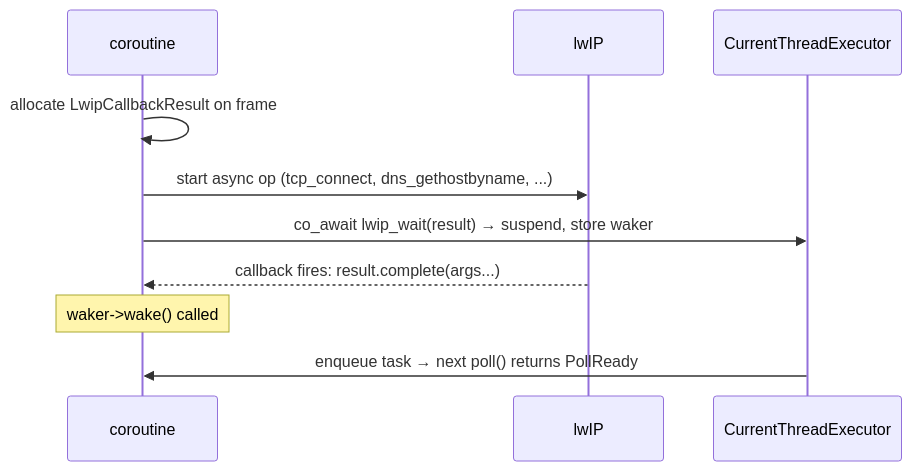
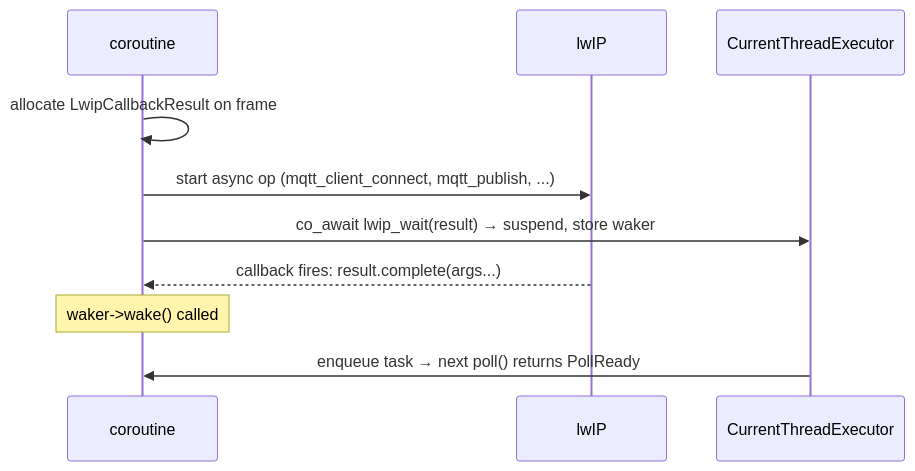
The fourth of 4 diagrams in doc/design/pico_port.md (bts164/coro), drawn with Mermaid before and after one commit. The commit also changed other lines of this file and 101 other files, not shown here.

````diff
--- a/doc/design/pico_port.md
+++ b/doc/design/pico_port.md
@@ -584,13 +983,13 @@
 ```mermaid
 sequenceDiagram
     participant C as coroutine
     participant L as lwIP
     participant E as CurrentThreadExecutor
 
     C->>C: allocate LwipCallbackResult on frame
-    C->>L: start async op (tcp_connect, dns_gethostbyname, ...)
+    C->>L: start async op (mqtt_client_connect, mqtt_publish, ...)
     C->>E: co_await lwip_wait(result) → suspend, store waker
     L-->>C: callback fires: result.complete(args...)
     Note over C: waker->wake() called
     E->>C: enqueue task → next poll() returns PollReady
 ```
````
